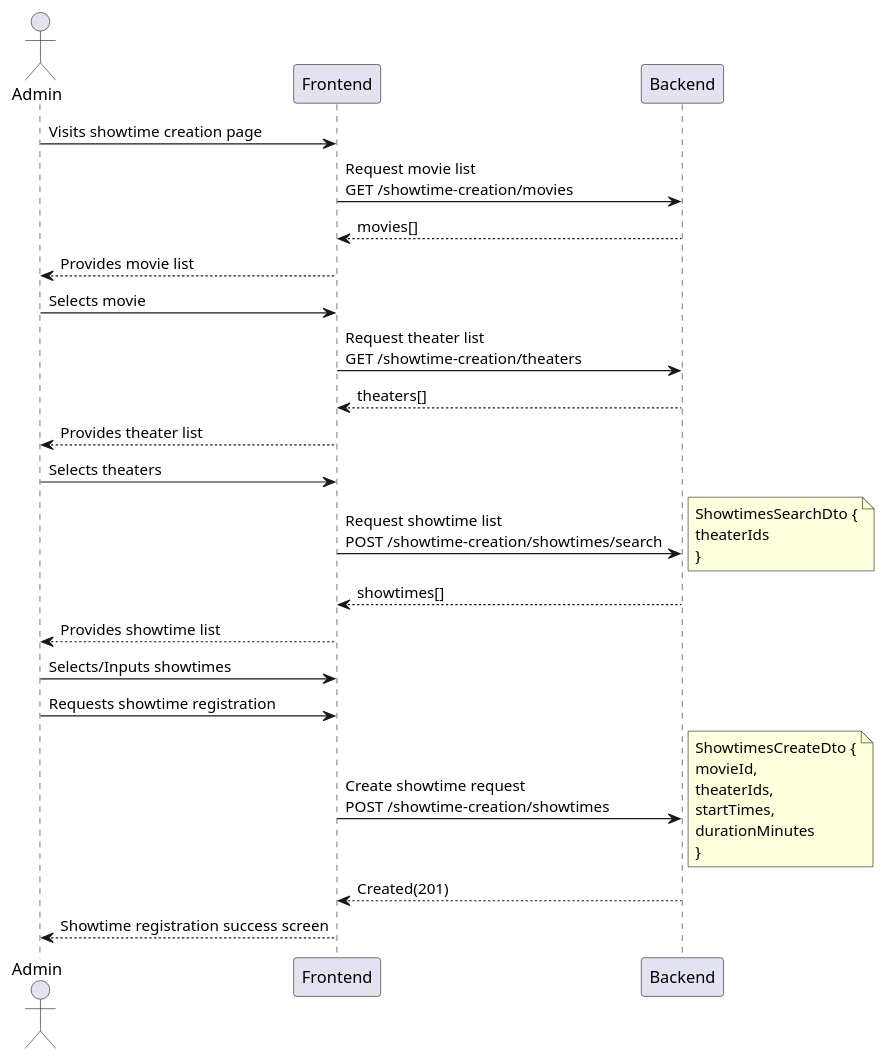
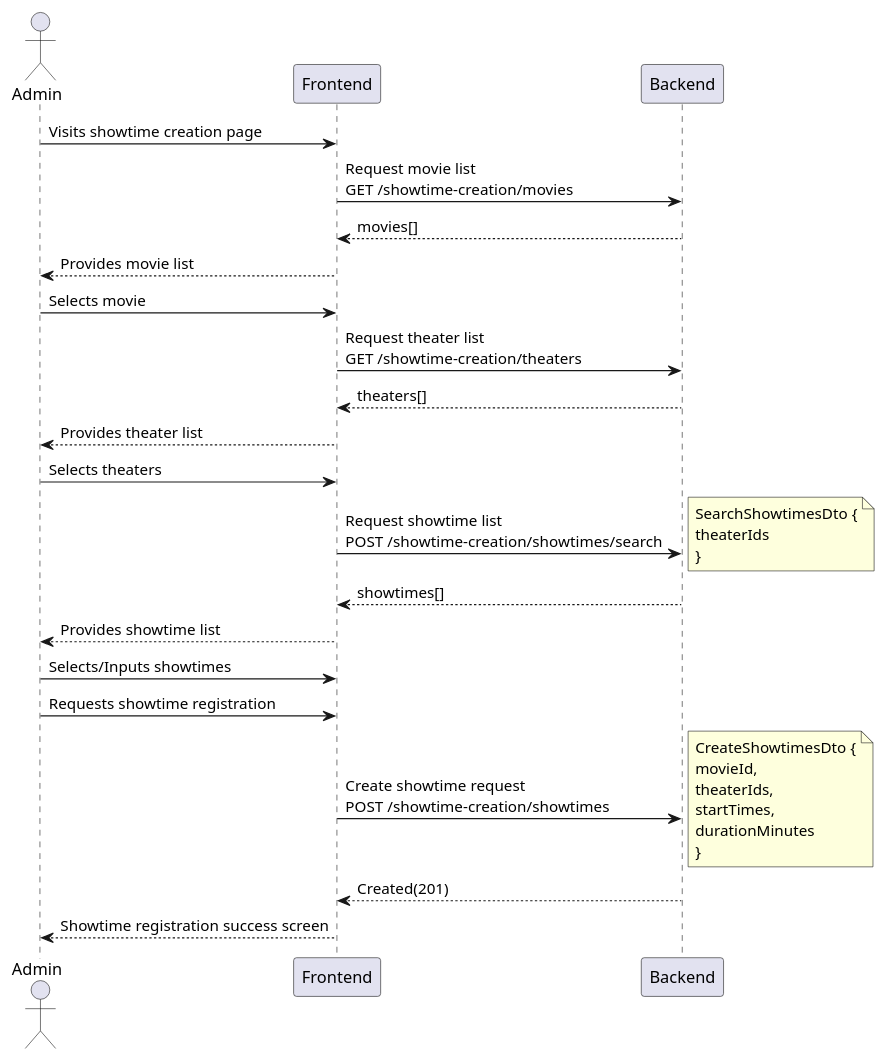
One commit to mannercode/mannercode.github.io changed the fifth of 11 diagrams in _posts/2025-05-01-backend-design-2-en.md. Above: the diagram before and after it, drawn with PlantUML. The commit also changed other lines of this file and 45 other files, not shown here.

Commit message:
Remove outdated UML diagrams and related SVG files for showtime creation process

```diff
--- a/_posts/2025-05-01-backend-design-2-en.md
+++ b/_posts/2025-05-01-backend-design-2-en.md
@@ -239,42 +239,42 @@
 {% plantuml %}
 @startuml
 actor Admin
 Admin -> Frontend: Visits showtime creation page
 Frontend -> Backend: Request movie list\nGET /showtime-creation/movies
 Frontend <-- Backend: movies[]
 Admin <-- Frontend: Provides movie list
 
 Admin -> Frontend: Selects movie
 Frontend -> Backend: Request theater list\nGET /showtime-creation/theaters
 Frontend <-- Backend: theaters[]
 Admin <-- Frontend: Provides theater list
 
 Admin -> Frontend: Selects theaters
 Frontend -> Backend: Request showtime list\nPOST /showtime-creation/showtimes/search
 note right
-ShowtimesSearchDto {
+SearchShowtimesDto {
 theaterIds
 }
 end note
 
 Frontend <-- Backend: showtimes[]
 
 Admin <-- Frontend: Provides showtime list
 
 Admin -> Frontend: Selects/Inputs showtimes
 
 Admin -> Frontend: Requests showtime registration
 Frontend -> Backend: Create showtime request\nPOST /showtime-creation/showtimes
 note right
-ShowtimesCreateDto {
+CreateShowtimesDto {
 movieId,
 theaterIds,
 startTimes,
 durationMinutes
 }
 end note
 Frontend <-- Backend: Created(201)
 Admin <-- Frontend: Showtime registration success screen
 
 @enduml
 {% endplantuml %}
```
